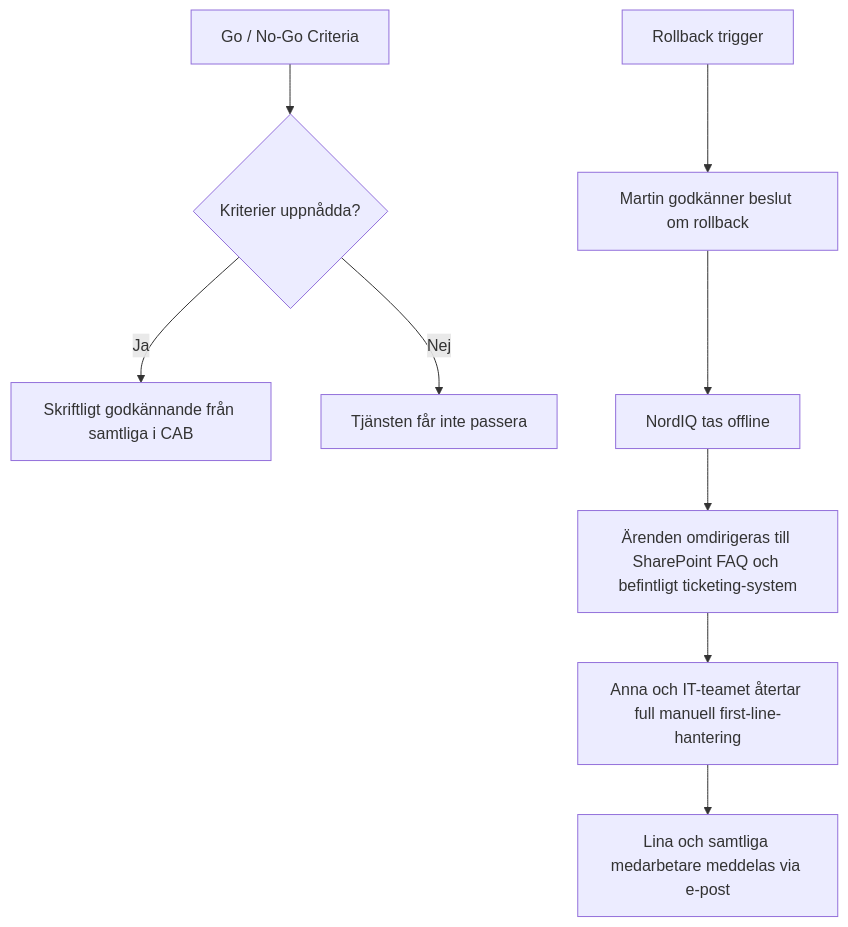
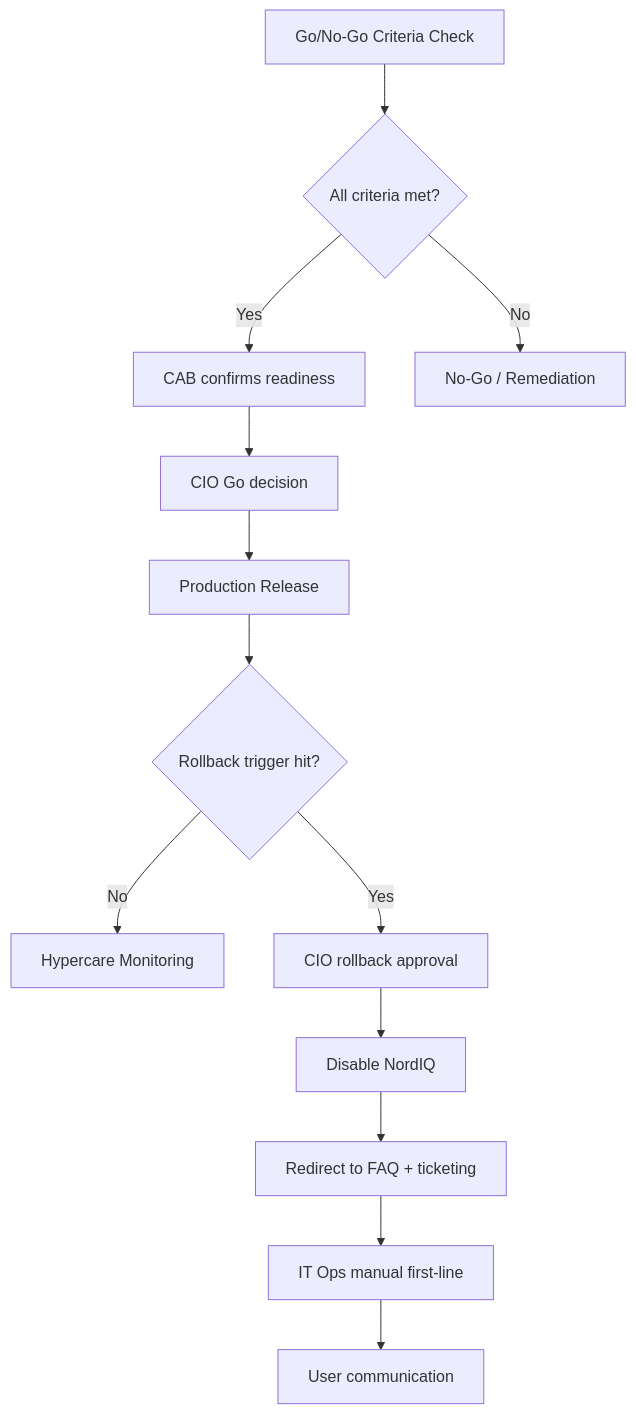
Before and after one commit to itsimonfredlingjack/nordiq-sejfa: the diagram in docs/04-change-release.md, drawn with Mermaid. The commit also changed other lines of this file and 4 other files, not shown here.

````diff
--- a/docs/04-change-release.md
+++ b/docs/04-change-release.md
@@ -43,11 +32,18 @@
 ```mermaid
-flowchart TD
-    A["Go / No-Go Criteria"] --> B{"Kriterier uppnådda?"}
-    B -->|Ja| C["Skriftligt godkännande från samtliga i CAB"]
-    B -->|Nej| D["Tjänsten får inte passera"]
-    E["Rollback trigger"] --> F["Martin godkänner beslut om rollback"]
-    F --> G["NordIQ tas offline"]
-    G --> H["Ärenden omdirigeras till SharePoint FAQ och befintligt ticketing-system"]
-    H --> I["Anna och IT-teamet återtar full manuell first-line-hantering"]
-    I --> J["Lina och samtliga medarbetare meddelas via e-post"]
+flowchart TB
+    A["Go/No-Go Criteria Check"] --> B{"All criteria met?"}
+
+    B -->|Yes| C["CAB confirms readiness"]
+    C --> D["CIO Go decision"]
+    D --> E["Production Release"]
+
+    B -->|No| F["No-Go / Remediation"]
+
+    E --> G{"Rollback trigger hit?"}
+    G -->|No| H["Hypercare Monitoring"]
+    G -->|Yes| I["CIO rollback approval"]
+    I --> J["Disable NordIQ"]
+    J --> K["Redirect to FAQ + ticketing"]
+    K --> L["IT Ops manual first-line"]
+    L --> M["User communication"]
 ```
````
